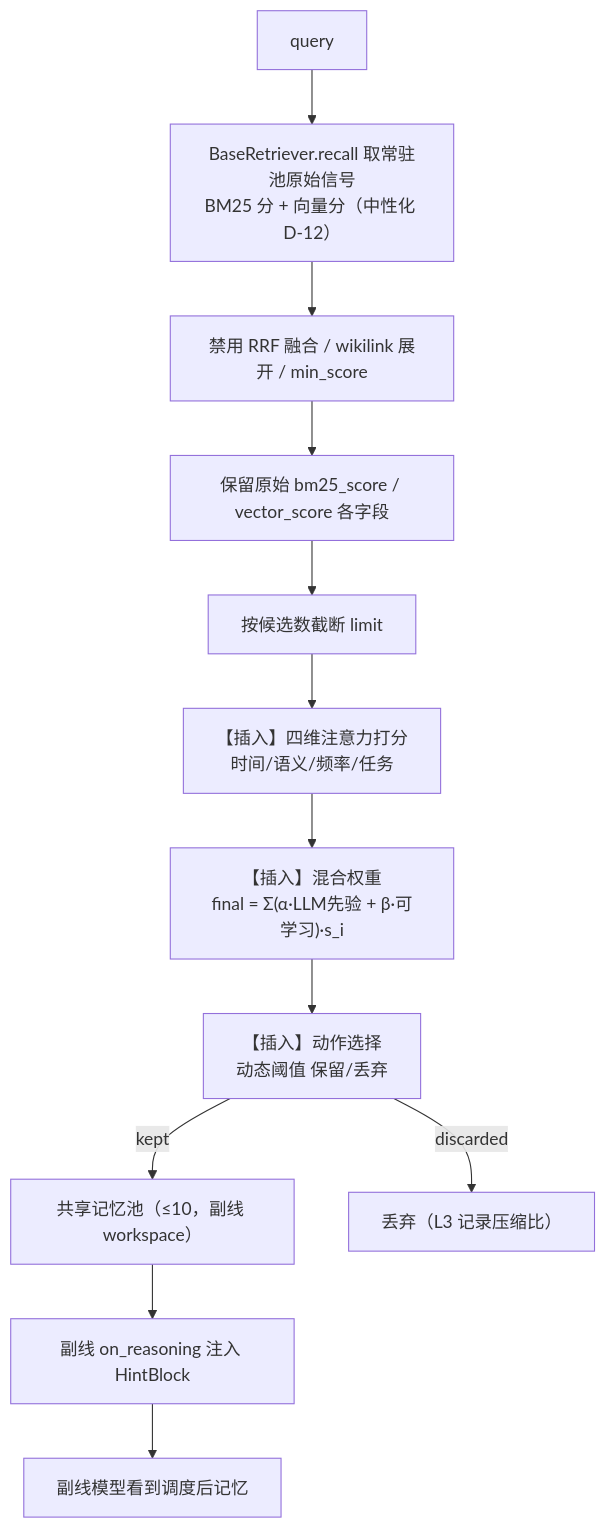
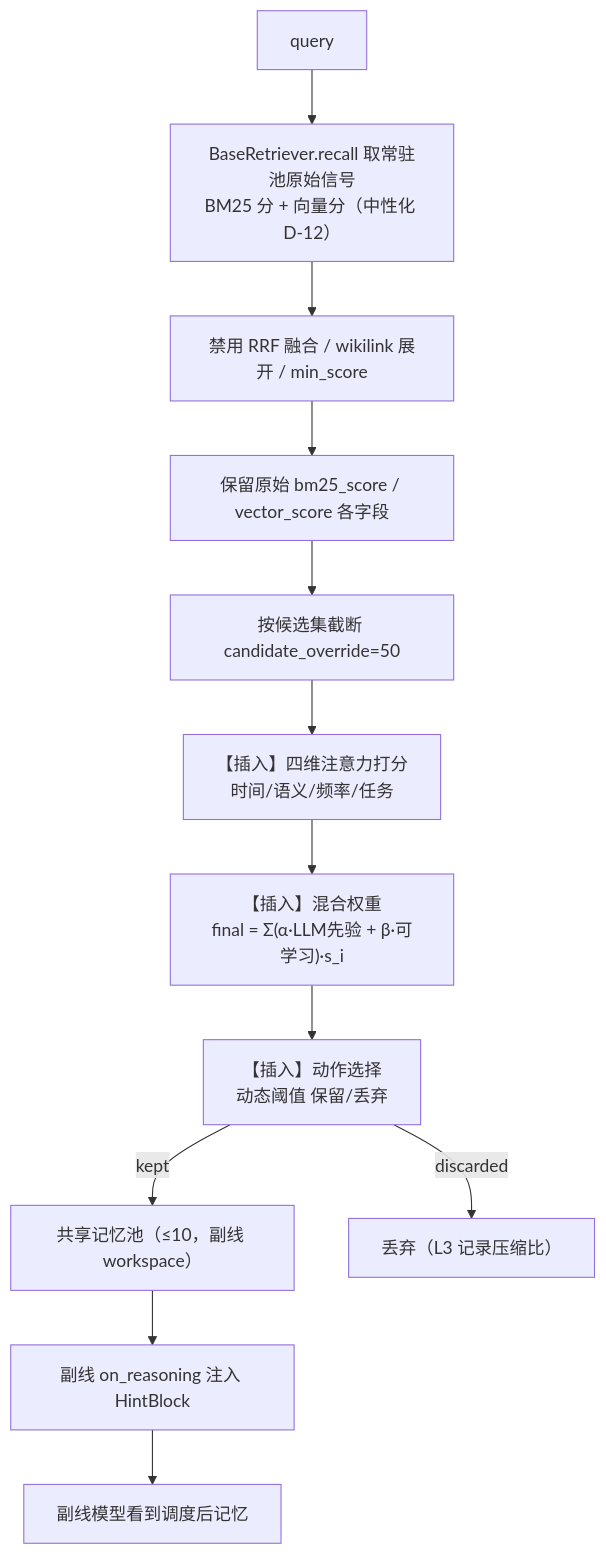
One commit to ToWaitJust/Multi-agent-Memory changed the fifth of 10 diagrams in docs/多智能体记忆共享调度系统工程实现文档.md. Above: the diagram before and after it, drawn with Mermaid. The commit also changed other lines of this file and 57 other files, not shown here.

````diff
--- a/docs/多智能体记忆共享调度系统工程实现文档.md
+++ b/docs/多智能体记忆共享调度系统工程实现文档.md
@@ -847,14 +844,14 @@
 ```mermaid
 flowchart TD
     Q["query"] --> C1["BaseRetriever.recall 取常驻池原始信号<br/>BM25 分 + 向量分（中性化 D-12）"]
     C1 --> C2["禁用 RRF 融合 / wikilink 展开 / min_score"]
     C2 --> C3["保留原始 bm25_score / vector_score 各字段"]
-    C3 --> C5["按候选数截断 limit"]
+    C3 --> C5["按候选集截断 candidate_override=50"]
     C5 --> C6["【插入】四维注意力打分<br/>时间/语义/频率/任务"]
     C6 --> C7["【插入】混合权重<br/>final = Σ(α·LLM先验 + β·可学习)·s_i"]
     C7 --> C8["【插入】动作选择<br/>动态阈值 保留/丢弃"]
     C8 -->|"kept"| C9["共享记忆池（≤10，副线 workspace）"]
     C8 -->|"discarded"| C10["丢弃（L3 记录压缩比）"]
     C9 --> C11["副线 on_reasoning 注入 HintBlock"]
     C11 --> C12["副线模型看到调度后记忆"]
 ```
````
